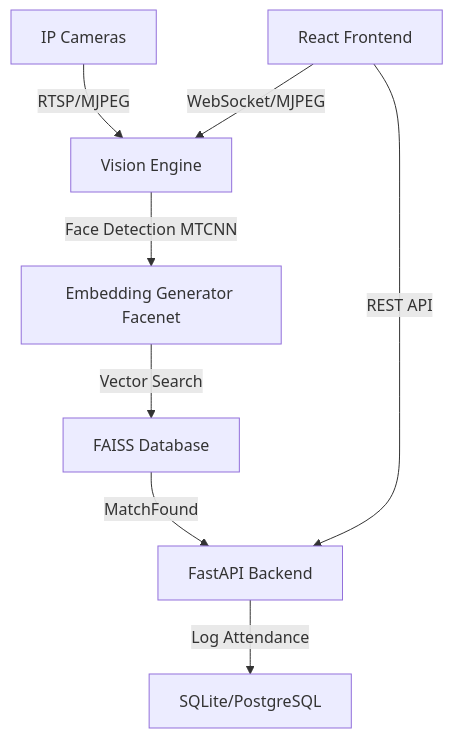
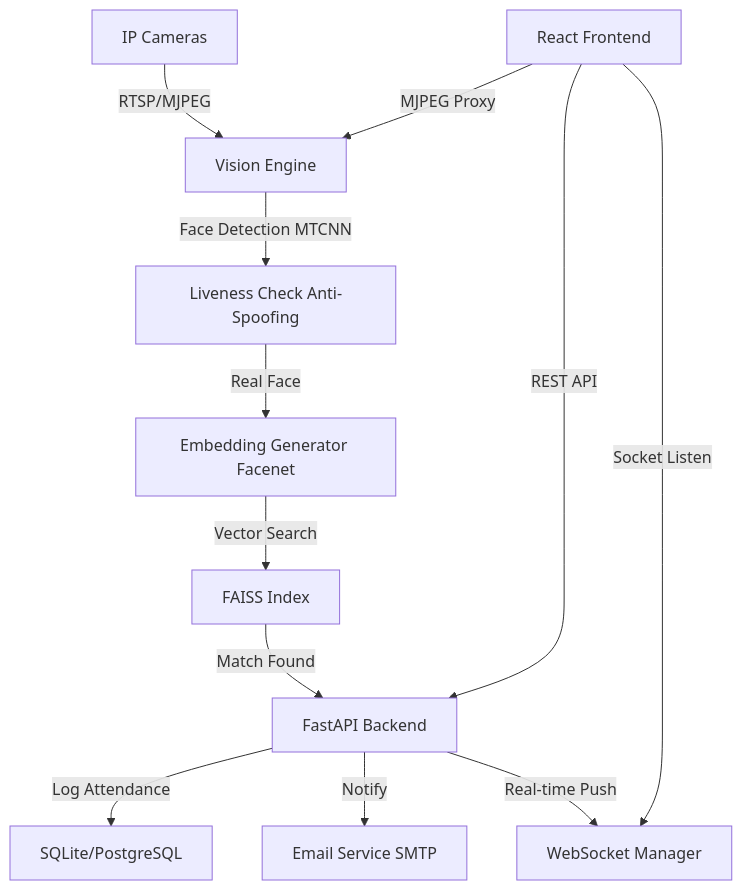
Before and after one commit to chhayank-20/vision-attend: the diagram in docs/architecture.md, drawn with Mermaid. The commit also changed other lines of this file and 18 other files, not shown here.

````diff
--- a/docs/architecture.md
+++ b/docs/architecture.md
@@ -7,10 +7,14 @@
 ```mermaid
 graph TD
     A[IP Cameras] -->|RTSP/MJPEG| B[Vision Engine]
-    B -->|Face Detection MTCNN| C[Embedding Generator Facenet]
-    C -->|Vector Search| D[FAISS Database]
-    D -->|MatchFound| E[FastAPI Backend]
-    E -->|Log Attendance| F[SQLite/PostgreSQL]
-    G[React Frontend] -->|REST API| E
-    G -->|WebSocket/MJPEG| B
+    B -->|Face Detection MTCNN| C[Liveness Check Anti-Spoofing]
+    C -->|Real Face| D[Embedding Generator Facenet]
+    D -->|Vector Search| E[FAISS Index]
+    E -->|Match Found| F[FastAPI Backend]
+    F -->|Log Attendance| G[SQLite/PostgreSQL]
+    F -->|Notify| H[Email Service SMTP]
+    F -->|Real-time Push| I[WebSocket Manager]
+    J[React Frontend] -->|REST API| F
+    J -->|Socket Listen| I
+    J -->|MJPEG Proxy| B
 ```
````
